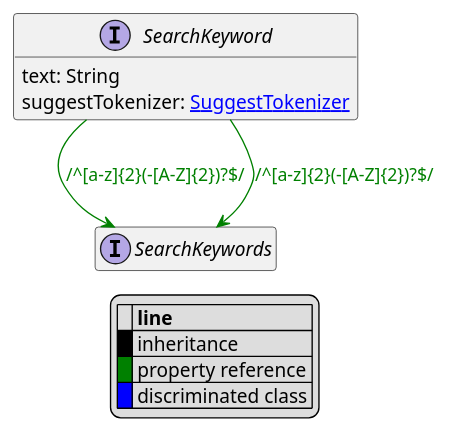
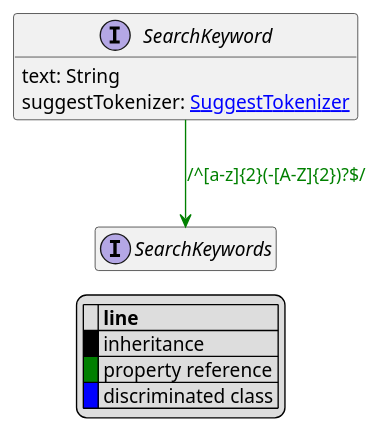
Before and after one commit to commercetools/commercetools-api-reference: the diagram in uml/api/SearchKeyword.puml, drawn with PlantUML. The commit also changed 4 other files, not shown here.

```diff
--- a/uml/api/SearchKeyword.puml
+++ b/uml/api/SearchKeyword.puml
@@ -1,23 +1,22 @@
 @startuml
 
 hide empty fields
 hide empty methods
 legend
 |= |= line |
 |<back:black>   </back>| inheritance |
 |<back:green>   </back>| property reference |
 |<back:blue>   </back>| discriminated class |
 endlegend
 interface SearchKeyword [[SearchKeyword.svg]]  {
     text: String
     suggestTokenizer: [[SuggestTokenizer.svg SuggestTokenizer]]
 }
 
 
 
 interface SearchKeywords [[SearchKeywords.svg]]  {
 }
 
 SearchKeyword --> SearchKeywords #green;text:green : "/^[a-z]{2}(-[A-Z]{2})?$/"
-SearchKeyword --> SearchKeywords #green;text:green : "/^[a-z]{2}(-[A-Z]{2})?$/"
 @enduml
```
